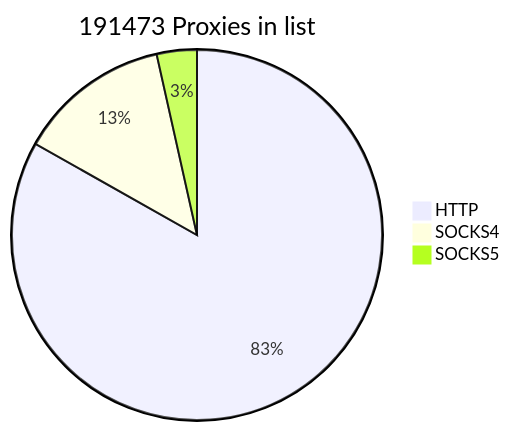
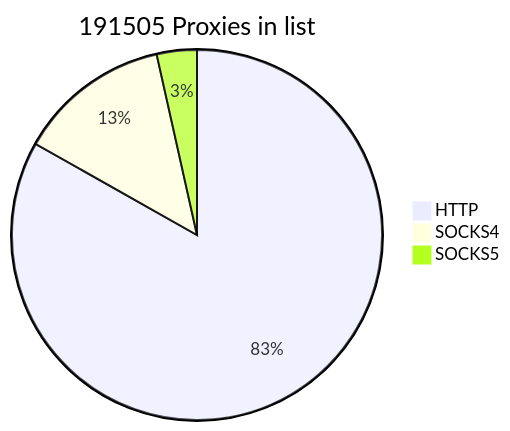
One commit to cutipu/proxylist changed the first of 2 diagrams in README.md. Above: the diagram before and after it, drawn with Mermaid. The commit also changed other lines of this file, not shown here.

````diff
--- a/README.md
+++ b/README.md
@@ -2,7 +2,7 @@
 ```mermaid
-pie title 191473 Proxies in list
-    "HTTP" : 159256
+pie title 191505 Proxies in list
+    "HTTP" : 159284
     "SOCKS4" : 25520
-    "SOCKS5" : 6697
+    "SOCKS5" : 6701
             
 ```
````
